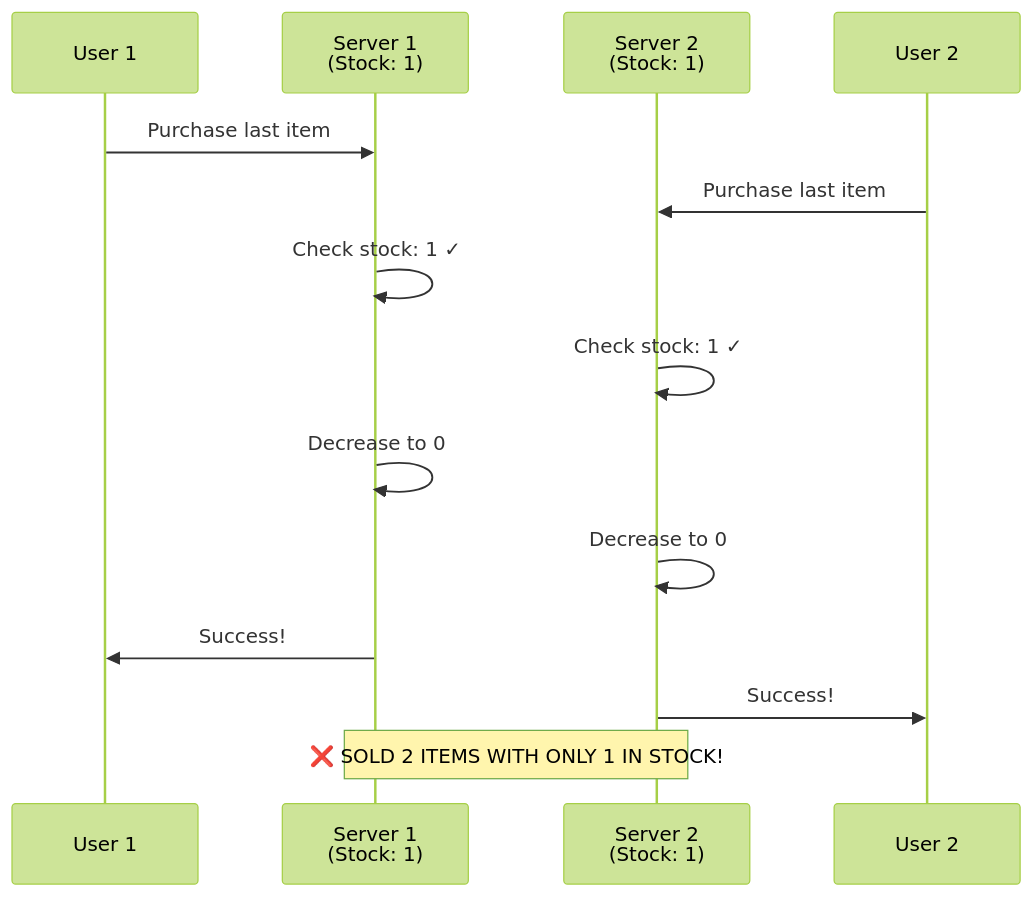
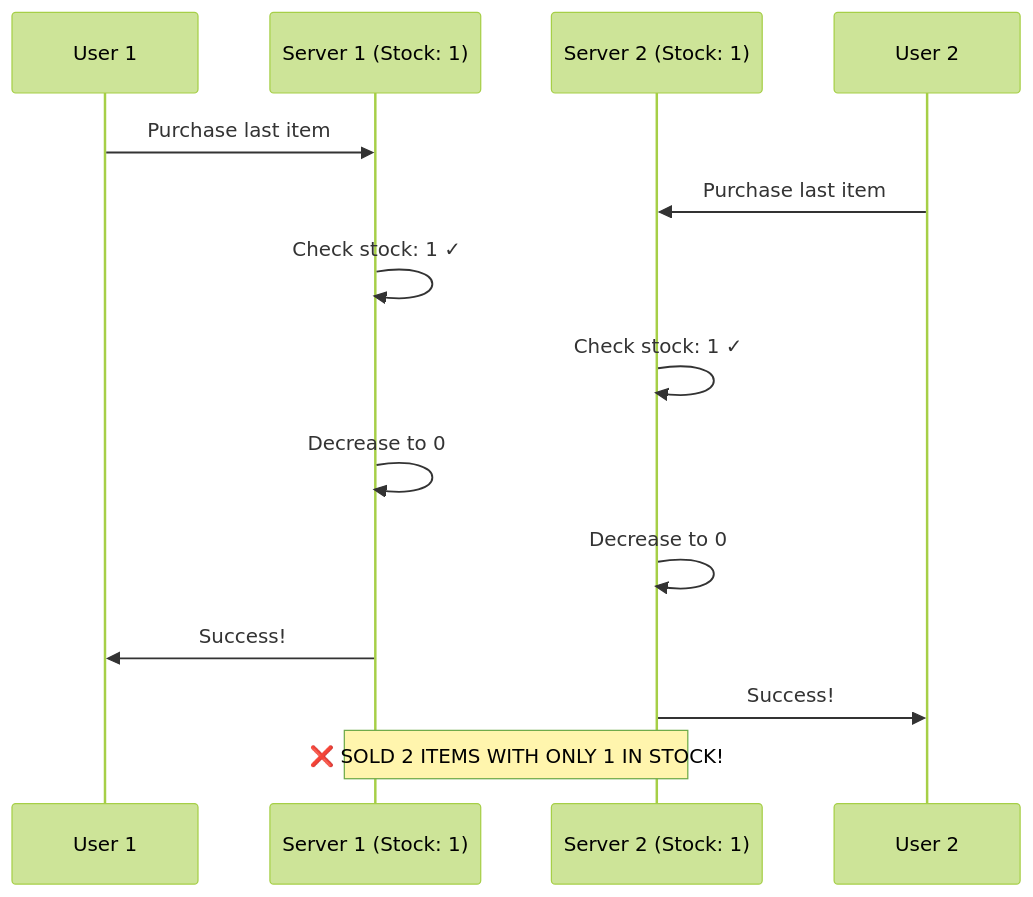
The third of 39 diagrams in Distributed_Concurrency_Control_Guide.md (p1kmr/for-reading), drawn with Mermaid (forest theme) before and after one commit. The commit also changed other lines of this file and 2 other files, not shown here.

Commit message:
Fix Mermaid rendering issues in Databases and Message Queues guides by simplifying complex diagrams

````diff
--- a/Distributed_Concurrency_Control_Guide.md
+++ b/Distributed_Concurrency_Control_Guide.md
@@ -134,21 +134,21 @@
 ```mermaid
 sequenceDiagram
     participant U1 as User 1
-    participant S1 as Server 1<br/>(Stock: 1)
-    participant S2 as Server 2<br/>(Stock: 1)
+    participant S1 as Server 1 (Stock: 1)
+    participant S2 as Server 2 (Stock: 1)
     participant U2 as User 2
 
     U1->>S1: Purchase last item
     U2->>S2: Purchase last item
 
     S1->>S1: Check stock: 1 ✓
     S2->>S2: Check stock: 1 ✓
 
     S1->>S1: Decrease to 0
     S2->>S2: Decrease to 0
 
     S1->>U1: Success!
     S2->>U2: Success!
 
     Note over S1,S2: ❌ SOLD 2 ITEMS WITH ONLY 1 IN STOCK!
 ```
````
